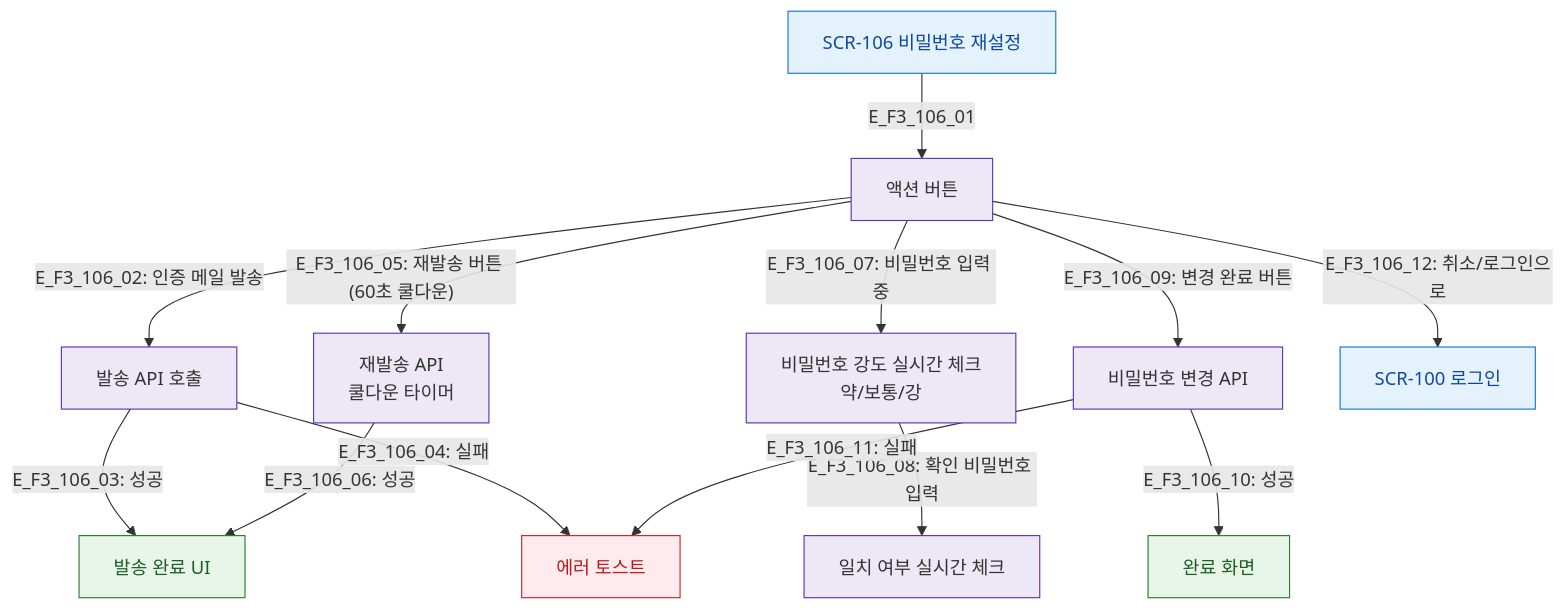
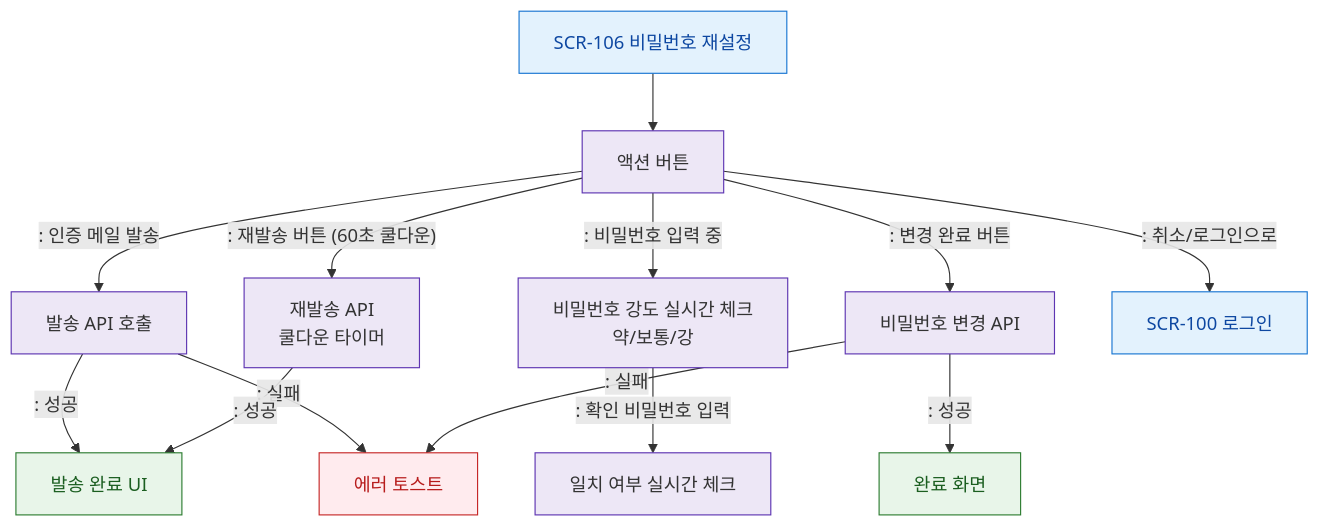
One commit to dev-spogym/admin-pando changed the diagram in docs/다이어그램/D01_공통/SCR-106_비밀번호재설정/F3_버튼액션.md. Above: the diagram before and after it, drawn with Mermaid. The commit also changed other lines of this file and 1660 other files, not shown here.

First line of the commit message:
다이어그램: 기획자/클라이언트 납품본으로 정리

````diff
--- a/docs/다이어그램/D01_공통/SCR-106_비밀번호재설정/F3_버튼액션.md
+++ b/docs/다이어그램/D01_공통/SCR-106_비밀번호재설정/F3_버튼액션.md
@@ -19,29 +17,29 @@
 ```mermaid
 flowchart TD
-    SCR_106[SCR-106 비밀번호 재설정] -->|E_F3_106_01| ACTIONS[액션 버튼]
+    SCR_106[SCR-106 비밀번호 재설정] --> ACTIONS[액션 버튼]
 
-    ACTIONS -->|"E_F3_106_02: 인증 메일 발송"| SEND_API[발송 API 호출]
-    SEND_API -->|"E_F3_106_03: 성공"| SENT_UI[발송 완료 UI]
-    SEND_API -->|"E_F3_106_04: 실패"| ERR_TOAST[에러 토스트]
+    ACTIONS -->|": 인증 메일 발송"|SEND_API[발송 API 호출]
+    SEND_API -->|": 성공"|SENT_UI[발송 완료 UI]
+    SEND_API -->|": 실패"|ERR_TOAST[에러 토스트]
 
-    ACTIONS -->|"E_F3_106_05: 재발송 버튼 (60초 쿨다운)"| RESEND[재발송 API\n쿨다운 타이머]
-    RESEND -->|"E_F3_106_06: 성공"| SENT_UI
+    ACTIONS -->|": 재발송 버튼 (60초 쿨다운)"|RESEND[재발송 API\n쿨다운 타이머]
+    RESEND -->|": 성공"|SENT_UI
 
-    ACTIONS -->|"E_F3_106_07: 비밀번호 입력 중"| PW_STRENGTH[비밀번호 강도 실시간 체크\n약/보통/강]
-    PW_STRENGTH -->|"E_F3_106_08: 확인 비밀번호 입력"| PW_MATCH[일치 여부 실시간 체크]
+    ACTIONS -->|": 비밀번호 입력 중"|PW_STRENGTH[비밀번호 강도 실시간 체크\n약/보통/강]
+    PW_STRENGTH -->|": 확인 비밀번호 입력"|PW_MATCH[일치 여부 실시간 체크]
 
-    ACTIONS -->|"E_F3_106_09: 변경 완료 버튼"| RESET_API[비밀번호 변경 API]
-    RESET_API -->|"E_F3_106_10: 성공"| COMPLETE[완료 화면]
-    RESET_API -->|"E_F3_106_11: 실패"| ERR_TOAST
+    ACTIONS -->|": 변경 완료 버튼"|RESET_API[비밀번호 변경 API]
+    RESET_API -->|": 성공"|COMPLETE[완료 화면]
+    RESET_API -->|": 실패"|ERR_TOAST
 
-    ACTIONS -->|"E_F3_106_12: 취소/로그인으로"| SCR_100[SCR-100 로그인]
+    ACTIONS -->|": 취소/로그인으로"|SCR_100[SCR-100 로그인]
 
-    classDef screen  fill:#E3F2FD,stroke:#1976D2,color:#0D47A1
-    classDef system  fill:#EDE7F6,stroke:#5E35B2
+    classDef screen fill:#E3F2FD,stroke:#1976D2,color:#0D47A1
+    classDef system fill:#EDE7F6,stroke:#5E35B2
     classDef success fill:#E8F5E9,stroke:#2E7D32,color:#1B5E20
-    classDef error   fill:#FFEBEE,stroke:#C62828,color:#B71C1C
+    classDef error fill:#FFEBEE,stroke:#C62828,color:#B71C1C
     class SCR_106,SCR_100 screen
     class ACTIONS,SEND_API,RESEND,PW_STRENGTH,PW_MATCH,RESET_API system
     class SENT_UI,COMPLETE success
     class ERR_TOAST error
 ```
````
